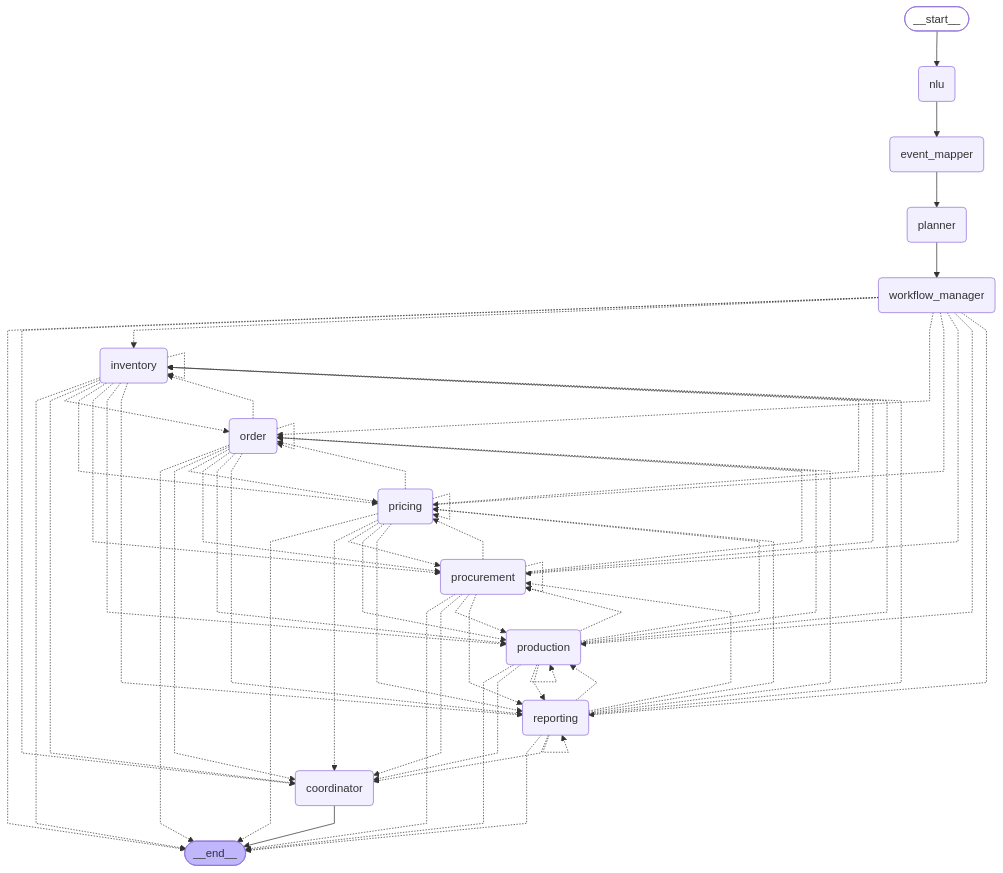
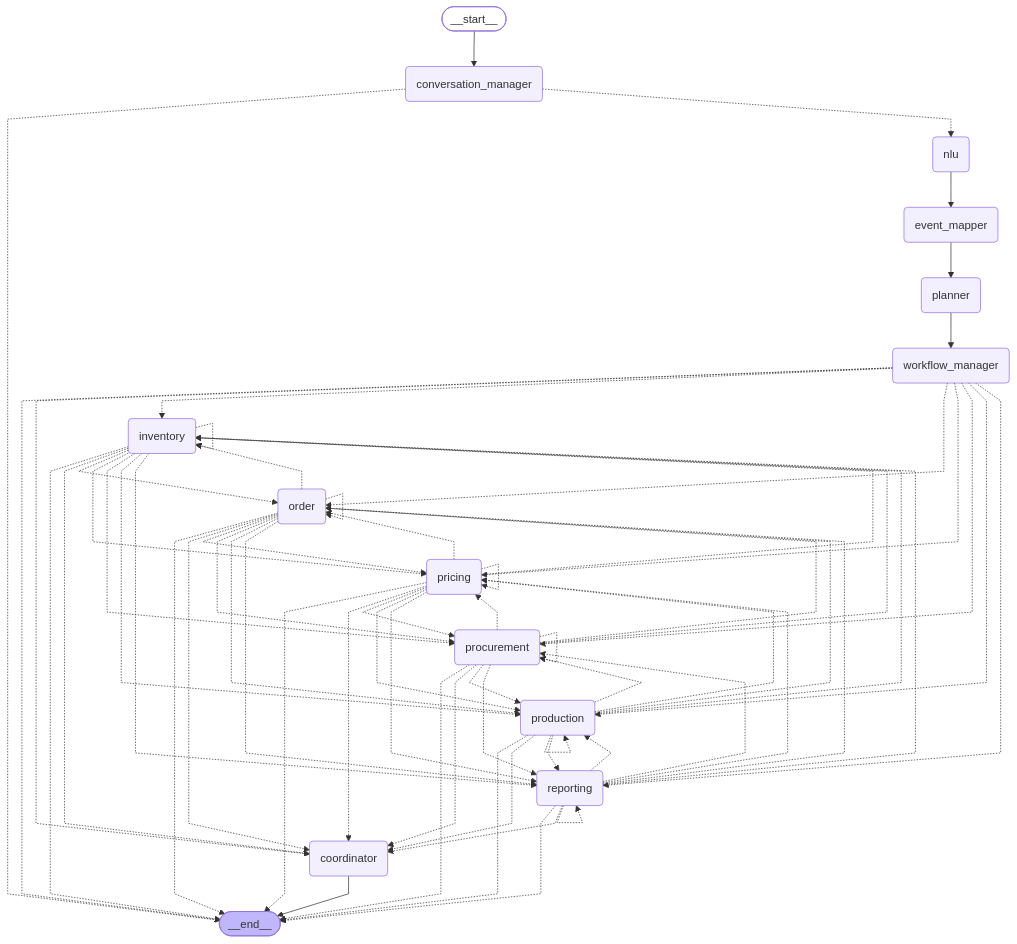
The diagram in workflow_graph_raw.mmd (hafidz-ar/multi-agent-ai-enterprise), drawn with Mermaid before and after one commit. The commit also changed 9 other files, not shown here.

```diff
--- a/workflow_graph_raw.mmd
+++ b/workflow_graph_raw.mmd
@@ -1,83 +1,86 @@
 ---
 config:
   flowchart:
     curve: linear
 ---
 graph TD;
 	__start__([<p>__start__</p>]):::first
+	conversation_manager(conversation_manager)
 	nlu(nlu)
 	event_mapper(event_mapper)
 	planner(planner)
 	workflow_manager(workflow_manager)
 	inventory(inventory)
 	production(production)
 	procurement(procurement)
 	pricing(pricing)
 	reporting(reporting)
 	order(order)
 	coordinator(coordinator)
 	__end__([<p>__end__</p>]):::last
-	__start__ --> nlu;
+	__start__ --> conversation_manager;
+	conversation_manager -.-> __end__;
+	conversation_manager -.-> nlu;
 	event_mapper --> planner;
 	inventory -.-> __end__;
 	inventory -.-> coordinator;
 	inventory -.-> order;
 	inventory -.-> pricing;
 	inventory -.-> procurement;
 	inventory -.-> production;
 	inventory -.-> reporting;
 	nlu --> event_mapper;
 	order -.-> __end__;
 	order -.-> coordinator;
 	order -.-> inventory;
 	order -.-> pricing;
 	order -.-> procurement;
 	order -.-> production;
 	order -.-> reporting;
 	planner --> workflow_manager;
 	pricing -.-> __end__;
 	pricing -.-> coordinator;
 	pricing -.-> inventory;
 	pricing -.-> order;
 	pricing -.-> procurement;
 	pricing -.-> production;
 	pricing -.-> reporting;
 	procurement -.-> __end__;
 	procurement -.-> coordinator;
 	procurement -.-> inventory;
 	procurement -.-> order;
 	procurement -.-> pricing;
 	procurement -.-> production;
 	procurement -.-> reporting;
 	production -.-> __end__;
 	production -.-> coordinator;
 	production -.-> inventory;
 	production -.-> order;
 	production -.-> pricing;
 	production -.-> procurement;
 	production -.-> reporting;
 	reporting -.-> __end__;
 	reporting -.-> coordinator;
 	reporting -.-> inventory;
 	reporting -.-> order;
 	reporting -.-> pricing;
 	reporting -.-> procurement;
 	reporting -.-> production;
 	workflow_manager -.-> __end__;
 	workflow_manager -.-> coordinator;
 	workflow_manager -.-> inventory;
 	workflow_manager -.-> order;
 	workflow_manager -.-> pricing;
 	workflow_manager -.-> procurement;
 	workflow_manager -.-> production;
 	workflow_manager -.-> reporting;
 	coordinator --> __end__;
 	inventory -.-> inventory;
 	order -.-> order;
 	pricing -.-> pricing;
 	procurement -.-> procurement;
 	production -.-> production;
 	reporting -.-> reporting;
 	classDef default fill:#f2f0ff,line-height:1.2
 	classDef first fill-opacity:0
 	classDef last fill:#bfb6fc
```
